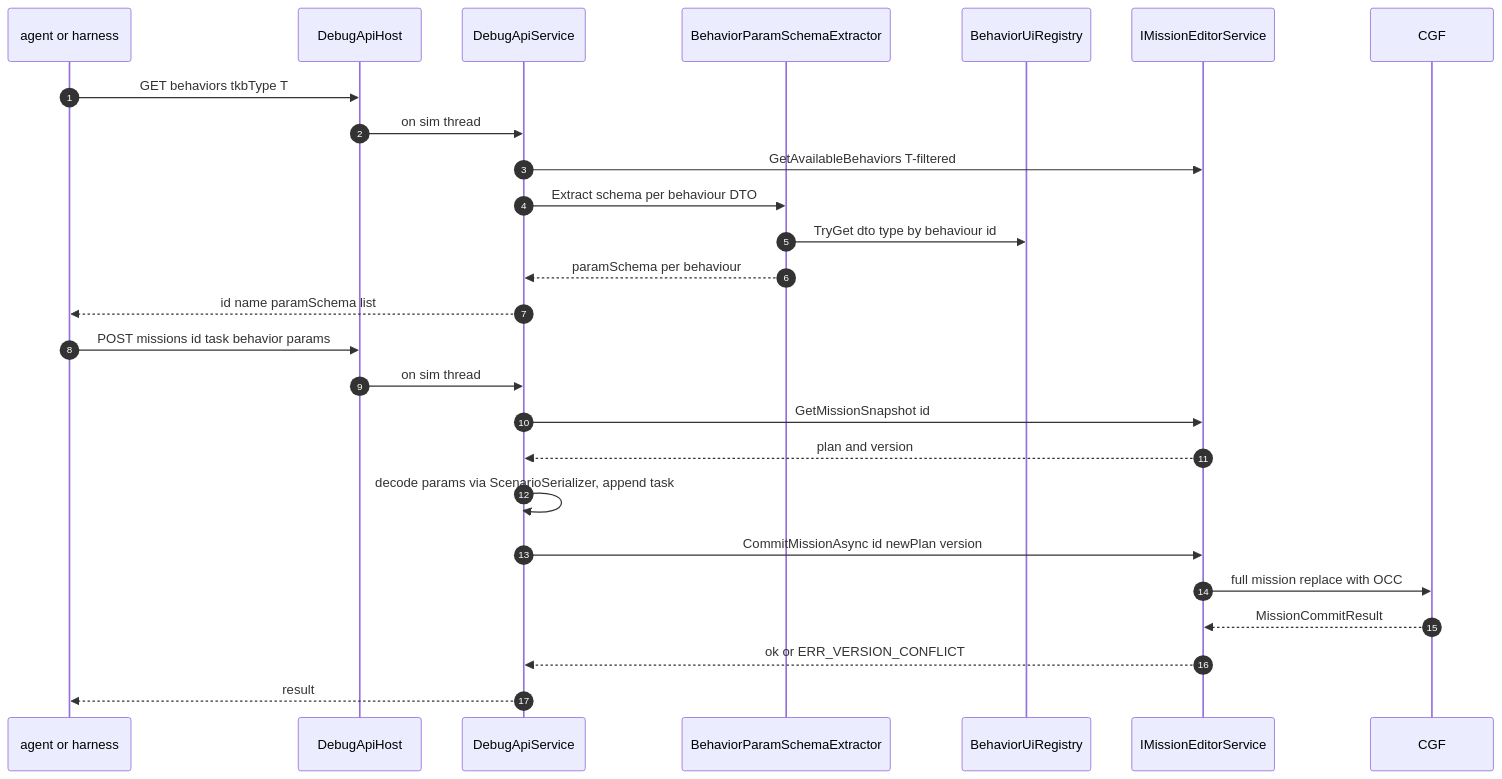
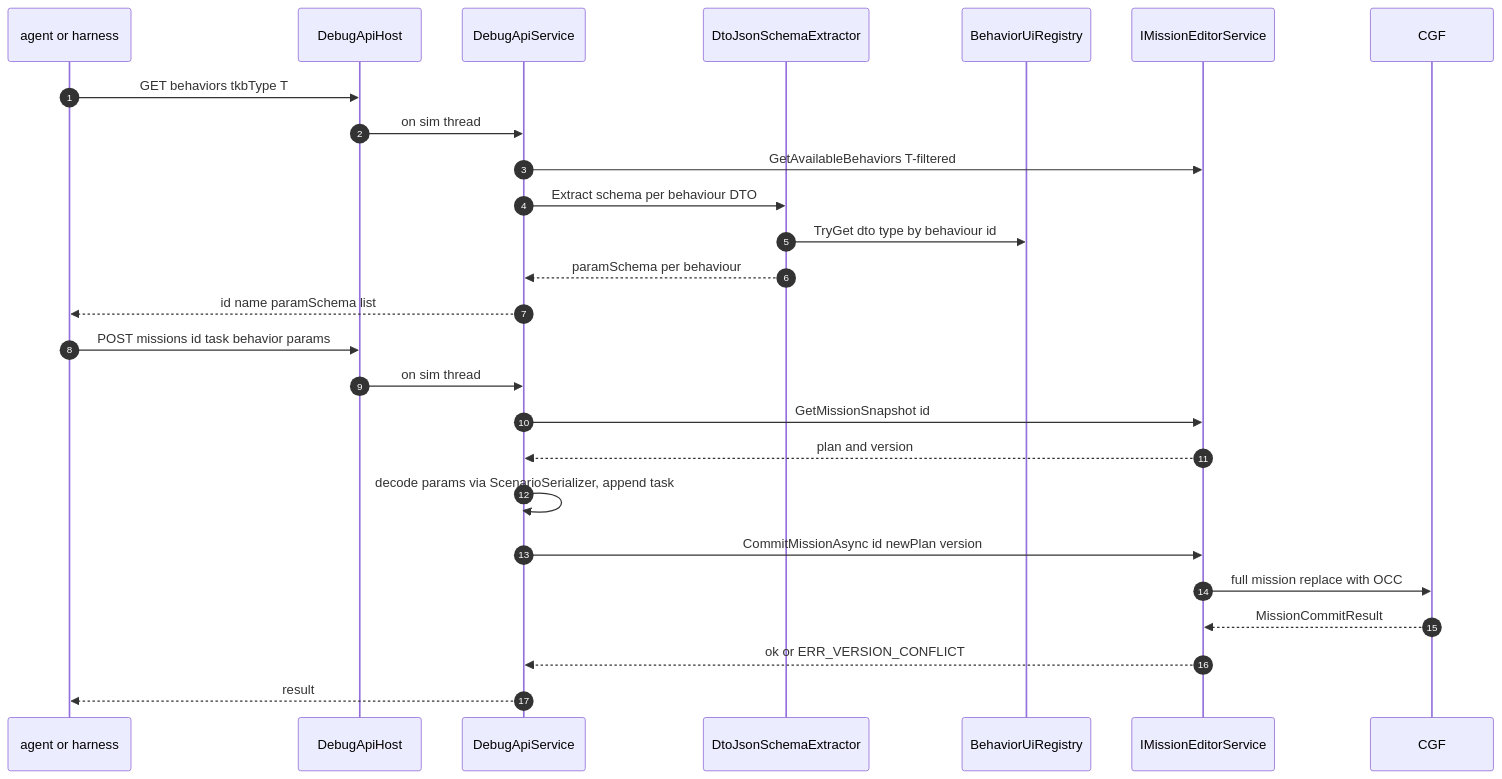
Before and after one commit to pjanec/HROT: the third of 3 diagrams in docs/MCP_Integration.md, drawn with Mermaid. The commit also changed other lines of this file, not shown here.

````diff
--- a/docs/MCP_Integration.md
+++ b/docs/MCP_Integration.md
@@ -301,29 +350,29 @@
 ```mermaid
 sequenceDiagram
     autonumber
     participant AG as agent or harness
     participant H as DebugApiHost
     participant S as DebugApiService
-    participant X as BehaviorParamSchemaExtractor
+    participant X as DtoJsonSchemaExtractor
     participant R as BehaviorUiRegistry
     participant M as IMissionEditorService
     participant CGF as CGF
 
     AG->>H: GET behaviors tkbType T
     H->>S: on sim thread
     S->>M: GetAvailableBehaviors T-filtered
     S->>X: Extract schema per behaviour DTO
     X->>R: TryGet dto type by behaviour id
     X-->>S: paramSchema per behaviour
     S-->>AG: id name paramSchema list
     AG->>H: POST missions id task behavior params
     H->>S: on sim thread
     S->>M: GetMissionSnapshot id
     M-->>S: plan and version
     S->>S: decode params via ScenarioSerializer, append task
     S->>M: CommitMissionAsync id newPlan version
     M->>CGF: full mission replace with OCC
     CGF-->>M: MissionCommitResult
     M-->>S: ok or ERR_VERSION_CONFLICT
     S-->>AG: result
 ```
````
